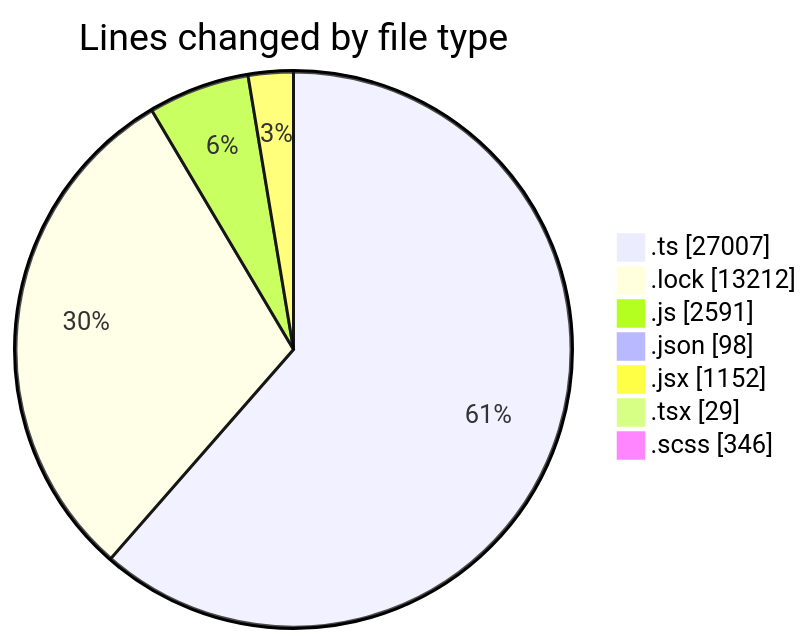
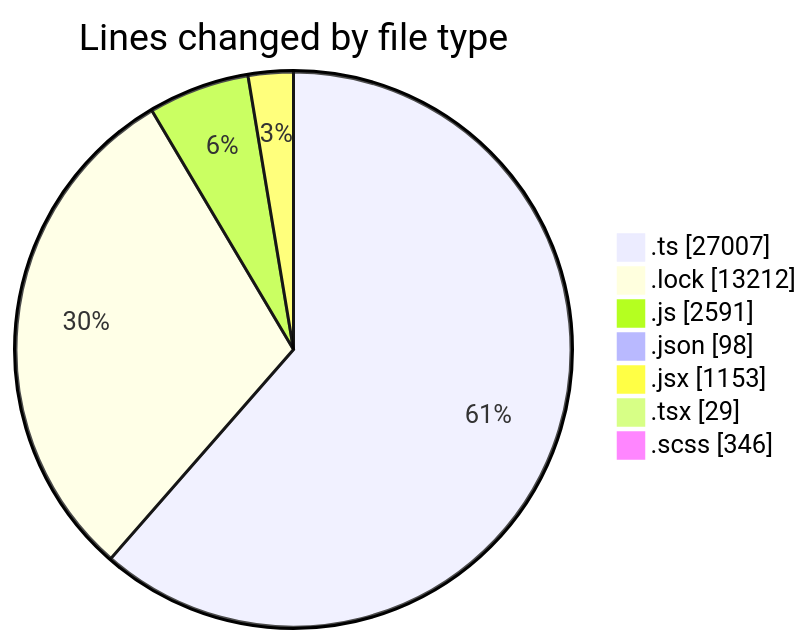
Before and after one commit to momahboobian/code-tracking: the first of 2 diagrams in 2025-05-16/cda/README.md, drawn with Mermaid. The commit also changed other lines of this file and 1 other file, not shown here.

````diff
--- a/2025-05-16/cda/README.md
+++ b/2025-05-16/cda/README.md
@@ -47,11 +47,11 @@
 ```mermaid
 pie showData
 title Lines changed by file type
 ".ts" : 27007
 ".lock" : 13212
 ".js" : 2591
 ".json" : 98
-".jsx" : 1152
+".jsx" : 1153
 ".tsx" : 29
 ".scss" : 346
 ```
````
